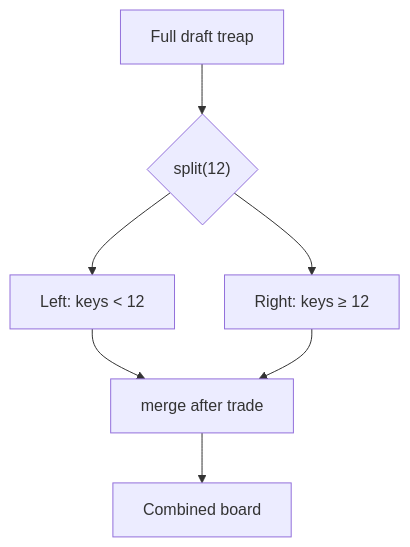
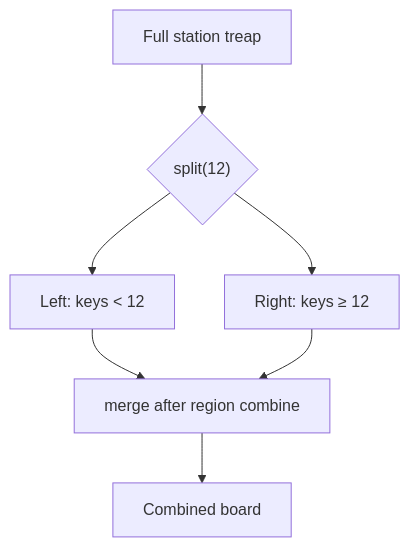
One commit to qgjones9/python-programming-guide changed the fifth of 6 diagrams in docs/dsa/data-structures/treaps/index.md. Above: the diagram before and after it, drawn with Mermaid. The commit also changed other lines of this file and 29 other files, not shown here.

````diff
--- a/docs/dsa/data-structures/treaps/index.md
+++ b/docs/dsa/data-structures/treaps/index.md
@@ -447,10 +445,10 @@
 ```mermaid
 flowchart TB
-  T["Full draft treap"]
+  T["Full station treap"]
   T --> S{"split(12)"}
   S --> L["Left: keys < 12"]
   S --> R["Right: keys ≥ 12"]
-  L --> M["merge after trade"]
+  L --> M["merge after region combine"]
   R --> M
   M --> T2["Combined board"]
 ```
````
